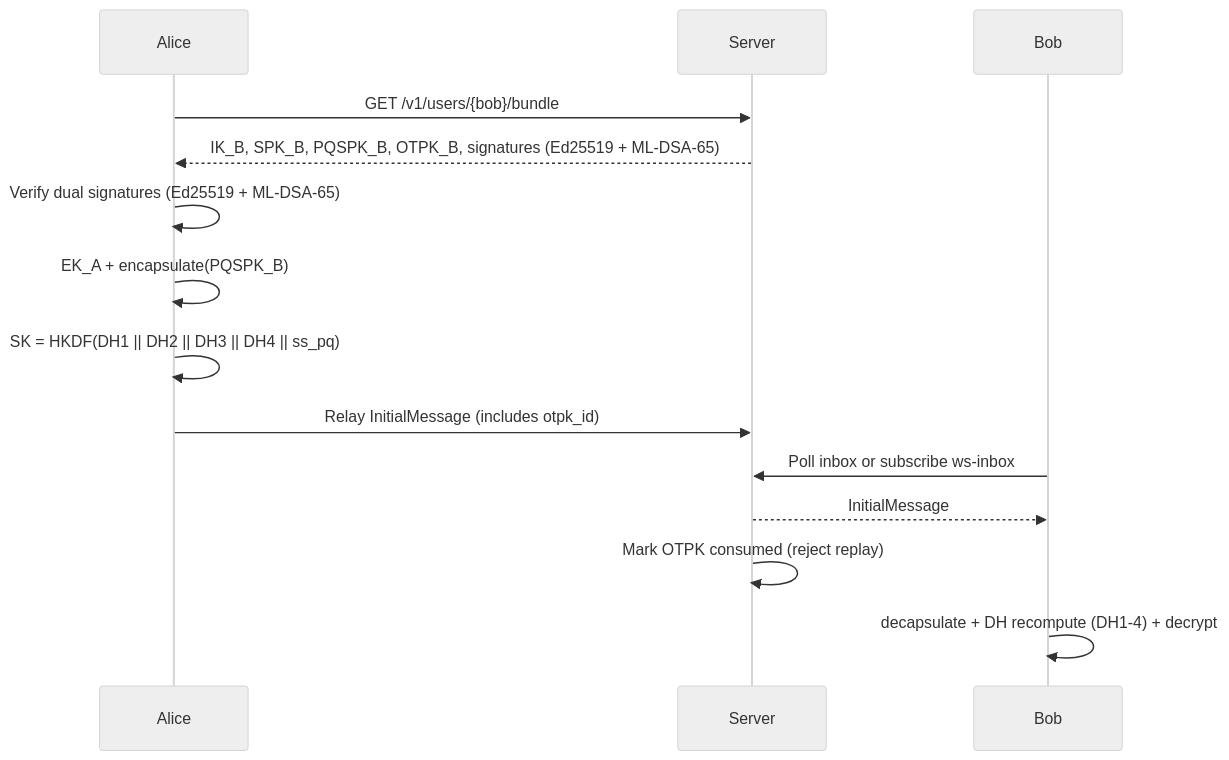
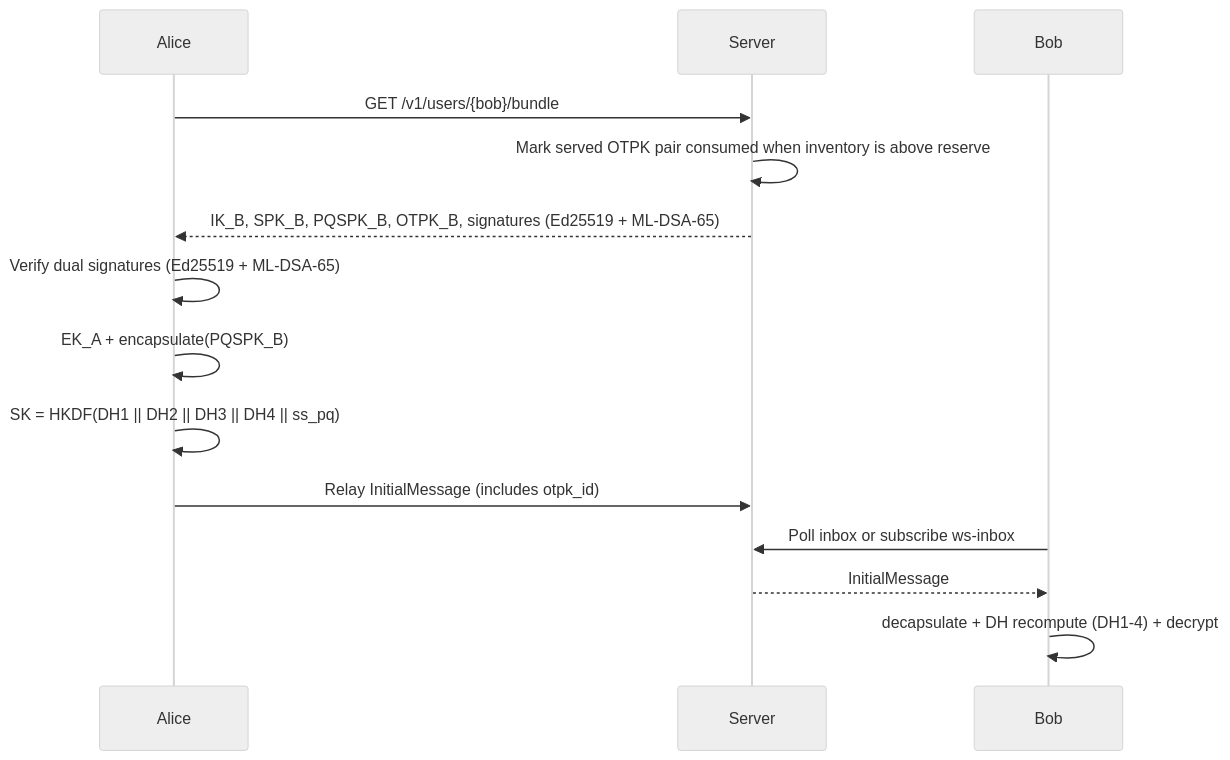
Before and after one commit to ErenAri/post-quantum-messaging-app: the diagram in docs/SPEC.md, drawn with Mermaid (neutral theme). The commit also changed other lines of this file and 7 other files, not shown here.

````diff
--- a/docs/SPEC.md
+++ b/docs/SPEC.md
@@ -20,16 +20,16 @@
 ```mermaid
 sequenceDiagram
     participant A as Alice
     participant S as Server
     participant B as Bob
     A->>S: GET /v1/users/{bob}/bundle
+    S->>S: Mark served OTPK pair consumed when inventory is above reserve
     S-->>A: IK_B, SPK_B, PQSPK_B, OTPK_B, signatures (Ed25519 + ML-DSA-65)
     A->>A: Verify dual signatures (Ed25519 + ML-DSA-65)
     A->>A: EK_A + encapsulate(PQSPK_B)
     A->>A: SK = HKDF(DH1 || DH2 || DH3 || DH4 || ss_pq)
     A->>S: Relay InitialMessage (includes otpk_id)
     B->>S: Poll inbox or subscribe ws-inbox
     S-->>B: InitialMessage
-    S->>S: Mark OTPK consumed (reject replay)
     B->>B: decapsulate + DH recompute (DH1-4) + decrypt
 ```
````
